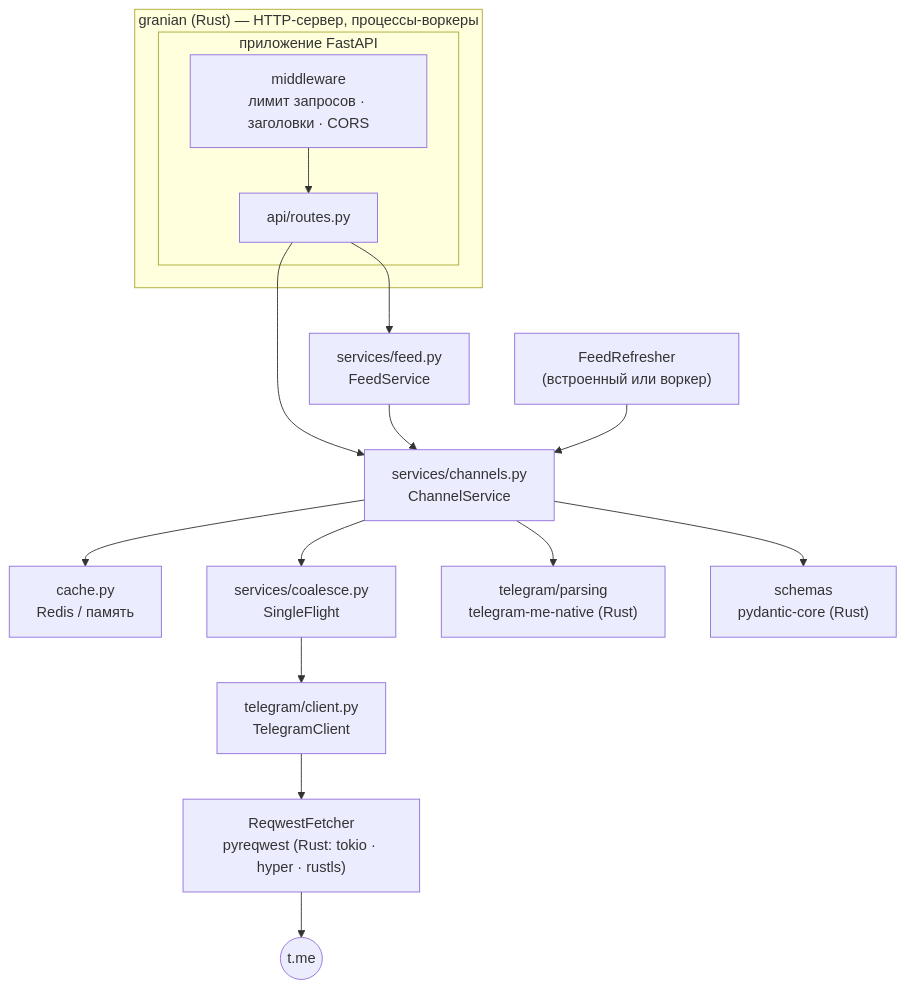
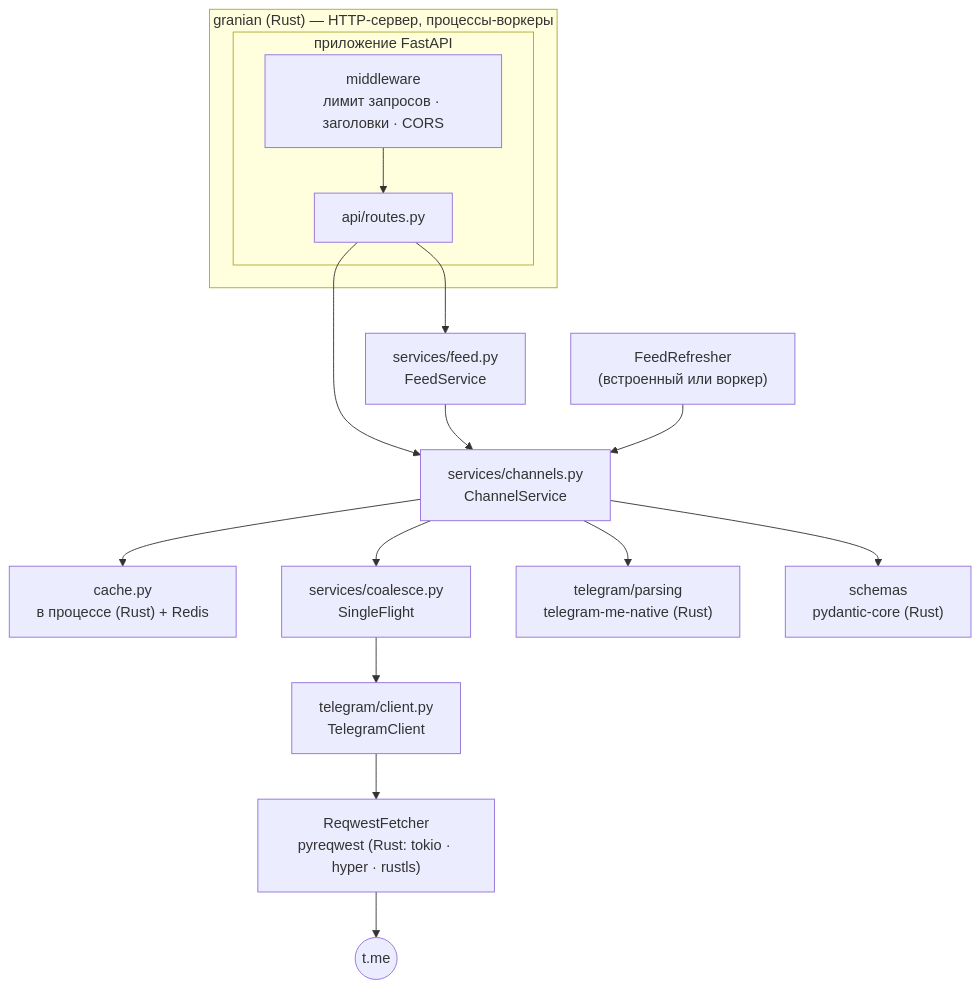
The diagram in docs/ru/internals/architecture.md (koval01/telegram-me), drawn with Mermaid before and after one commit. The commit also changed other lines of this file and 16 other files, not shown here.

````diff
--- a/docs/ru/internals/architecture.md
+++ b/docs/ru/internals/architecture.md
@@ -9,21 +9,21 @@
 ```mermaid
 flowchart TB
     subgraph granian["granian (Rust) — HTTP-сервер, процессы-воркеры"]
         subgraph app["приложение FastAPI"]
             MW["middleware<br/>лимит запросов · заголовки · CORS"]
             R["api/routes.py"]
             MW --> R
         end
     end
     R --> CS["services/channels.py<br/>ChannelService"]
     R --> FS["services/feed.py<br/>FeedService"]
     FS --> CS
     RF["FeedRefresher<br/>(встроенный или воркер)"] --> CS
-    CS --> C["cache.py<br/>Redis / память"]
+    CS --> C["cache.py<br/>в процессе (Rust) + Redis"]
     CS --> SF["services/coalesce.py<br/>SingleFlight"]
     SF --> TC["telegram/client.py<br/>TelegramClient"]
     TC --> F["ReqwestFetcher<br/>pyreqwest (Rust: tokio · hyper · rustls)"]
     F --> T(("t.me"))
     CS --> P["telegram/parsing<br/>telegram-me-native (Rust)"]
     CS --> V["schemas<br/>pydantic-core (Rust)"]
 ```
````
